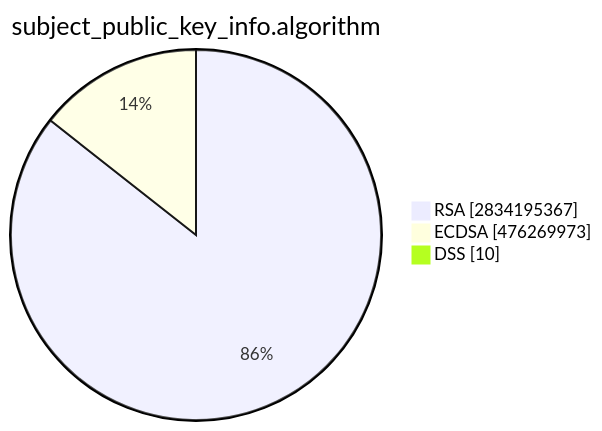
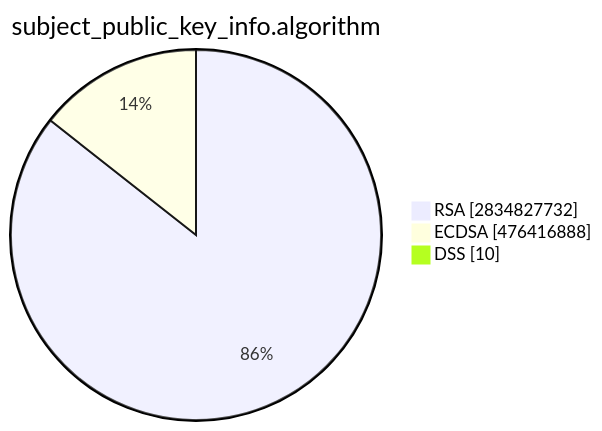
One commit to christiankrug/ctmonitor_visualization changed the second of 15 diagrams in TOTAL/README.md. Above: the diagram before and after it, drawn with Mermaid. The commit also changed other lines of this file, not shown here.

````diff
--- a/TOTAL/README.md
+++ b/TOTAL/README.md
@@ -6,7 +6,7 @@
 ```mermaid
 pie showData
 title subject_public_key_info.algorithm
-"RSA" :2834195367
-"ECDSA" :476269973
+"RSA" :2834827732
+"ECDSA" :476416888
 "DSS" :10
 ```
````
